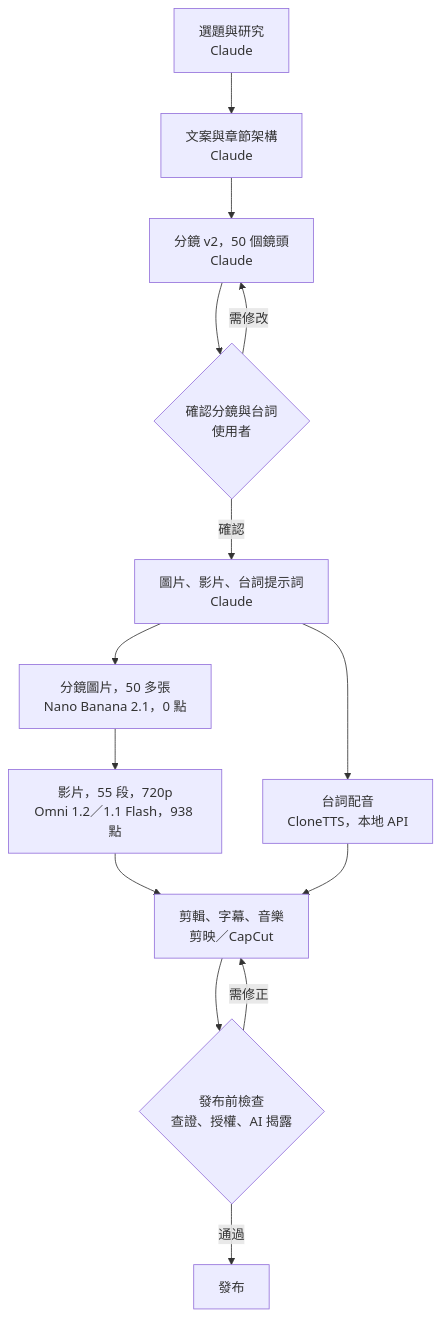
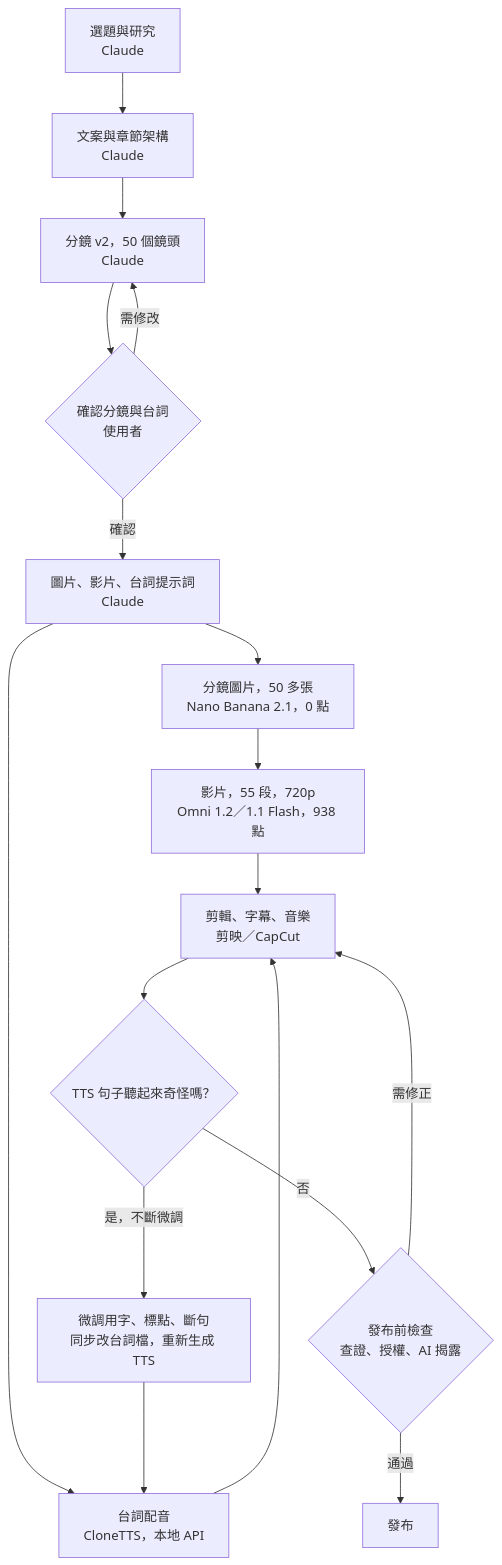
One commit to Mcoit356/261102-ai-generated-video changed the diagram in production_log.md. Above: the diagram before and after it, drawn with Mermaid. The commit also changed other lines of this file, not shown here.

````diff
--- a/production_log.md
+++ b/production_log.md
@@ -33,16 +32,19 @@
 ```mermaid
 flowchart TD
   A["選題與研究<br/>Claude"] --> B["文案與章節架構<br/>Claude"]
   B --> C["分鏡 v2，50 個鏡頭<br/>Claude"]
   C --> U{"確認分鏡與台詞<br/>使用者"}
   U -->|需修改| C
   U -->|確認| D["圖片、影片、台詞提示詞<br/>Claude"]
   D --> E["分鏡圖片，50 多張<br/>Nano Banana 2.1，0 點"]
   D --> G["台詞配音<br/>CloneTTS，本地 API"]
   E --> F["影片，55 段，720p<br/>Omni 1.2／1.1 Flash，938 點"]
   F --> H["剪輯、字幕、音樂<br/>剪映／CapCut"]
   G --> H
-  H --> I{"發布前檢查<br/>查證、授權、AI 揭露"}
+  H --> T{"TTS 句子聽起來奇怪嗎？"}
+  T -->|是，不斷微調| W["微調用字、標點、斷句<br/>同步改台詞檔，重新生成 TTS"]
+  W --> G
+  T -->|否| I{"發布前檢查<br/>查證、授權、AI 揭露"}
   I -->|需修正| H
   I -->|通過| J["發布"]
 ```
````
